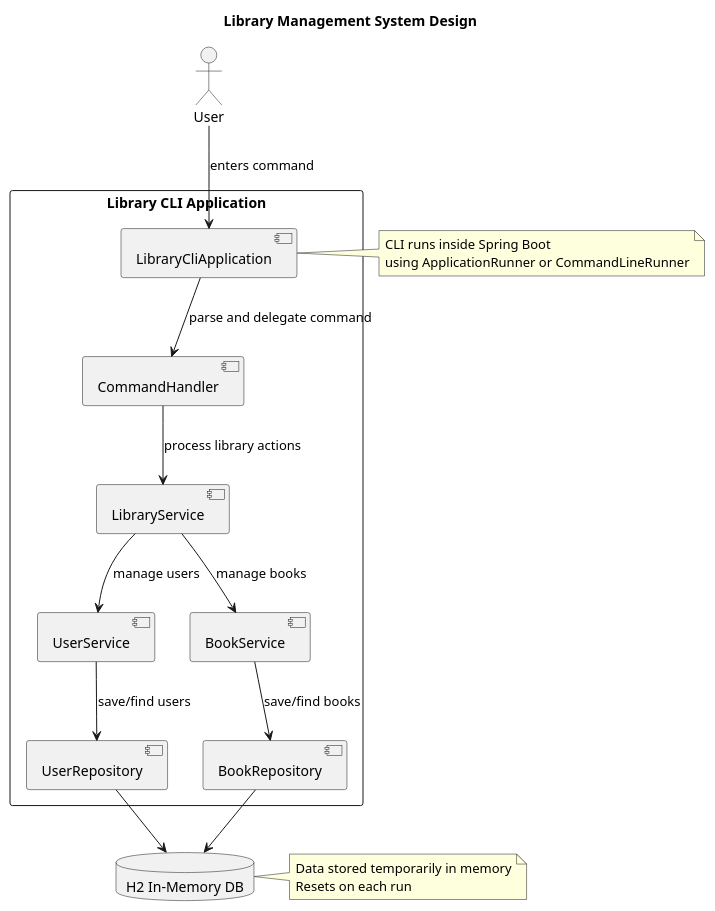
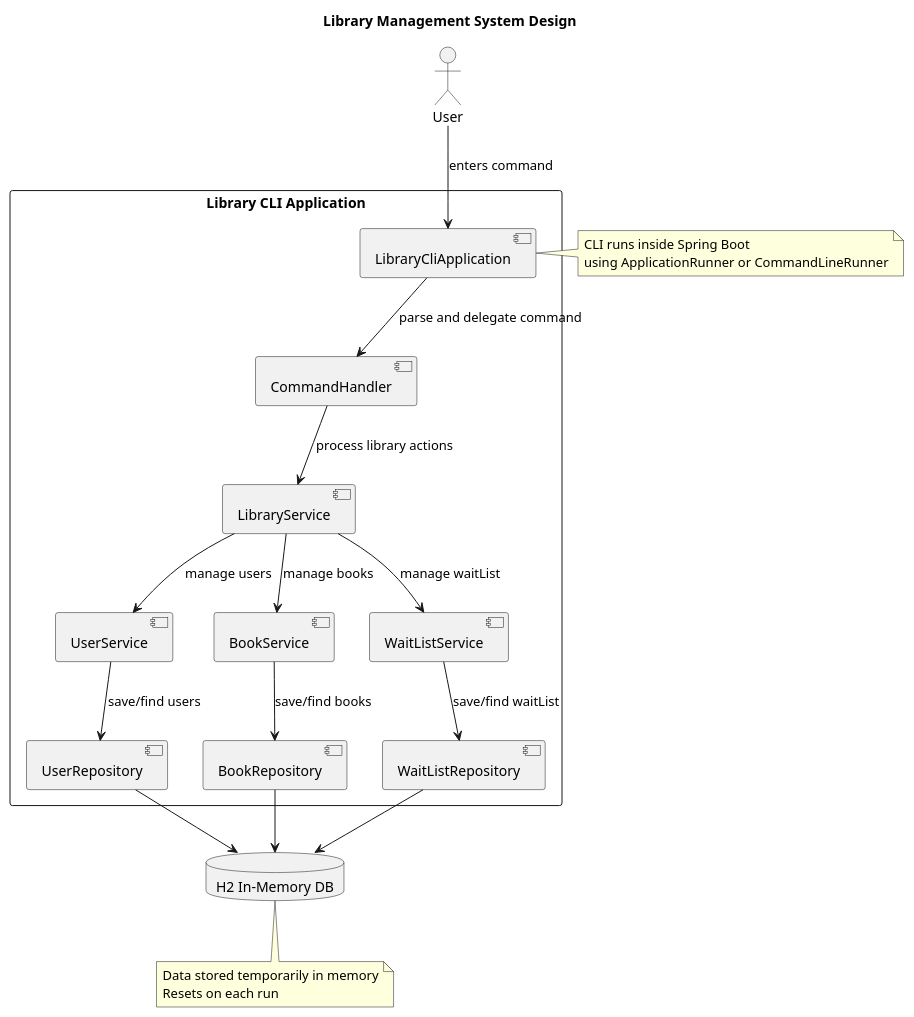
The diagram in src/main/docs/LMSSequence.puml (hafizferoz/libraryms), drawn with PlantUML before and after one commit. The commit also changed 4 other files, not shown here.

Commit message:
update design flow

```diff
--- a/src/main/docs/LMSSequence.puml
+++ b/src/main/docs/LMSSequence.puml
@@ -1,38 +1,42 @@
 @startuml
 title Library Management System Design
 
 actor User as user
 
 rectangle "Library CLI Application" {
     component "LibraryCliApplication" as cli
     component "CommandHandler" as handler
     component "LibraryService" as service
     component "UserService" as userService
     component "BookService" as bookService
+     component "WaitListService" as waitListService
     component "UserRepository" as userRepo
     component "BookRepository" as bookRepo
+    component "WaitListRepository" as waitListRepo
 }
 
 database "H2 In-Memory DB" as h2
 
 user --> cli : enters command
 cli --> handler : parse and delegate command
 handler --> service : process library actions
 service --> userService : manage users
 service --> bookService : manage books
+service --> waitListService : manage waitList
 userService --> userRepo : save/find users
 bookService --> bookRepo : save/find books
+waitListService --> waitListRepo : save/find waitList
 userRepo --> h2
 bookRepo --> h2
-
+waitListRepo --> h2
 note right of cli
 CLI runs inside Spring Boot
 using ApplicationRunner or CommandLineRunner
 end note
 
-note right of h2
+note bottom of h2
 Data stored temporarily in memory
 Resets on each run
 end note
 
 @enduml
```
